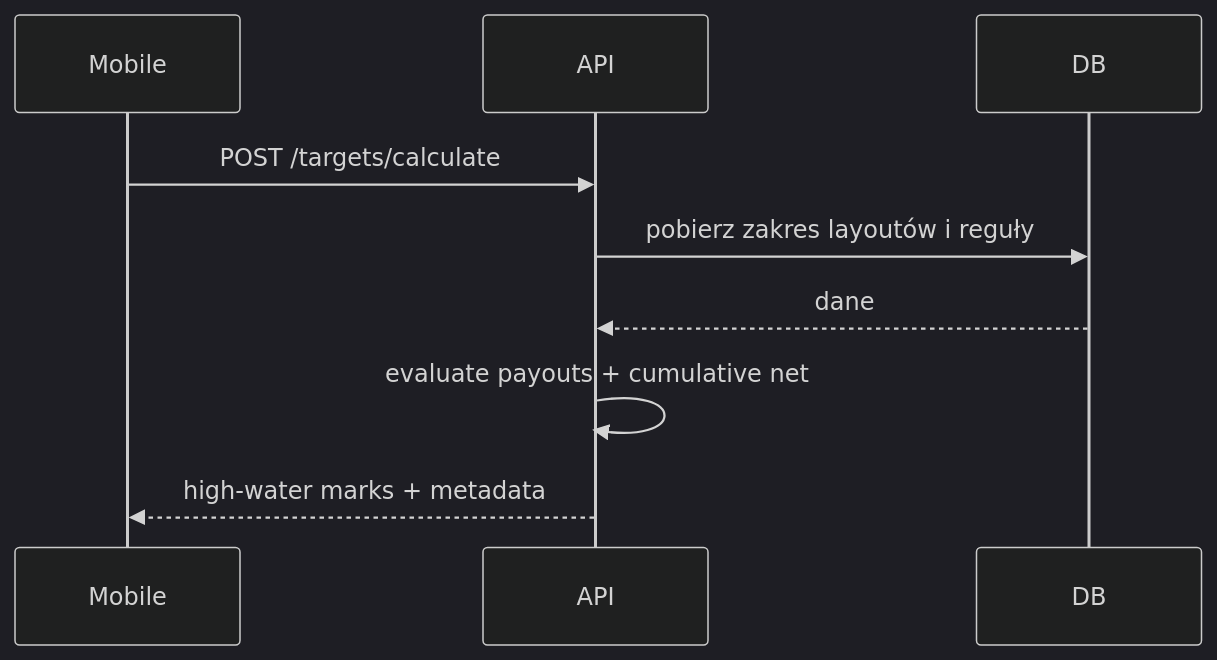
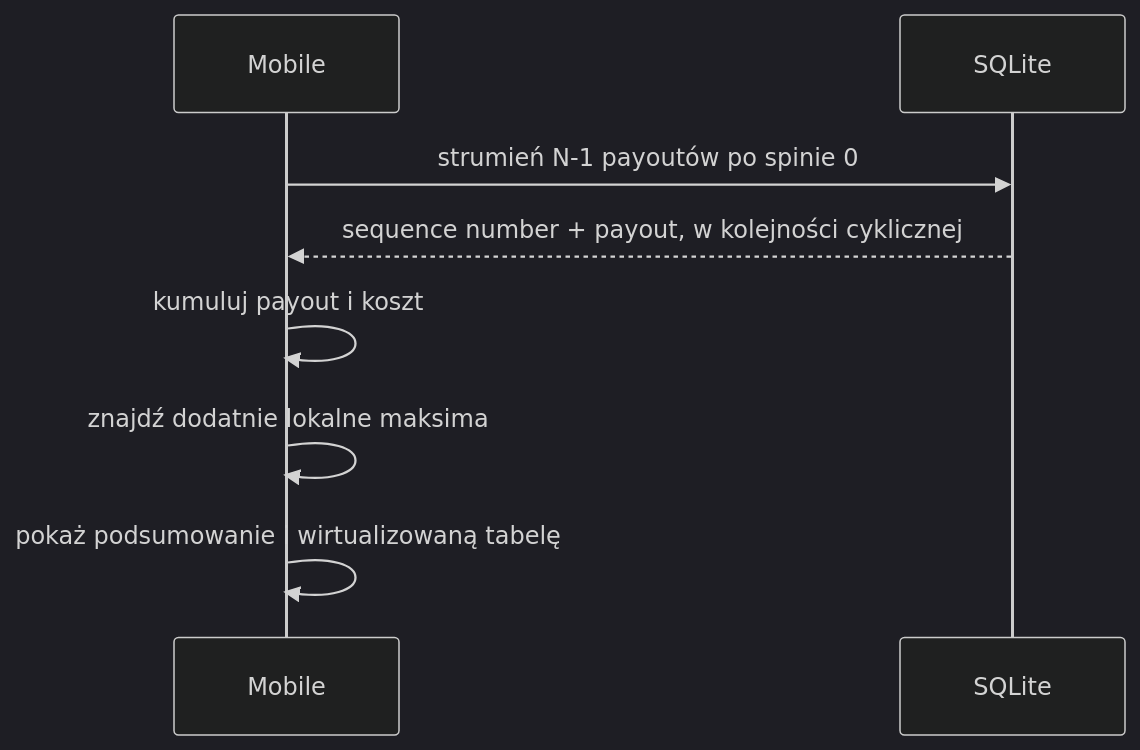
One commit to tuszynski-michal/game_predicotr changed the third of 4 diagrams in ai_docs/architecture/SYSTEM_ARCHITECTURE.md. Above: the diagram before and after it, drawn with Mermaid (dark theme). The commit also changed other lines of this file and 23 other files, not shown here.

````diff
--- a/ai_docs/architecture/SYSTEM_ARCHITECTURE.md
+++ b/ai_docs/architecture/SYSTEM_ARCHITECTURE.md
@@ -97,12 +115,11 @@
 ```mermaid
 sequenceDiagram
     participant Mobile
-    participant API
-    participant DB
+    participant SQLite
 
-    Mobile->>API: POST /targets/calculate
-    API->>DB: pobierz zakres layoutów i reguły
-    DB-->>API: dane
-    API->>API: evaluate payouts + cumulative net
-    API-->>Mobile: high-water marks + metadata
+    Mobile->>SQLite: strumień N-1 payoutów po spinie 0
+    SQLite-->>Mobile: sequence number + payout, w kolejności cyklicznej
+    Mobile->>Mobile: kumuluj payout i koszt
+    Mobile->>Mobile: znajdź dodatnie lokalne maksima
+    Mobile->>Mobile: pokaż podsumowanie i wirtualizowaną tabelę
 ```
````
